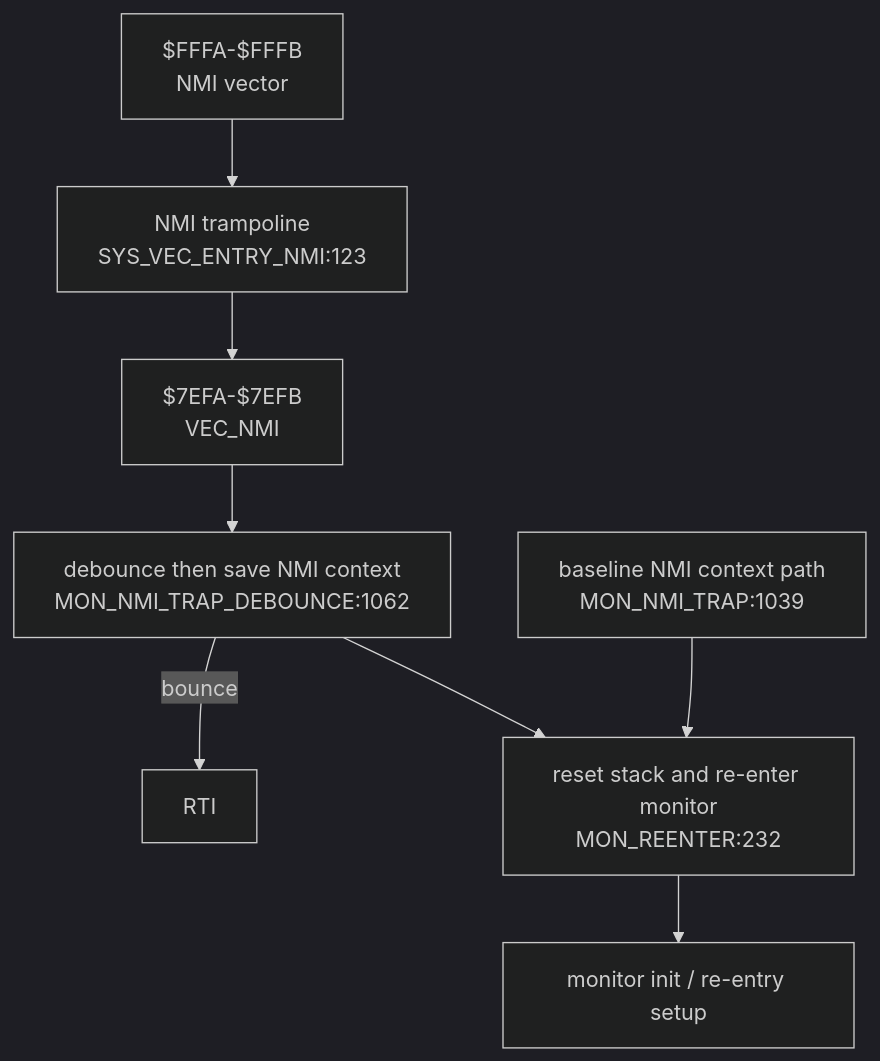
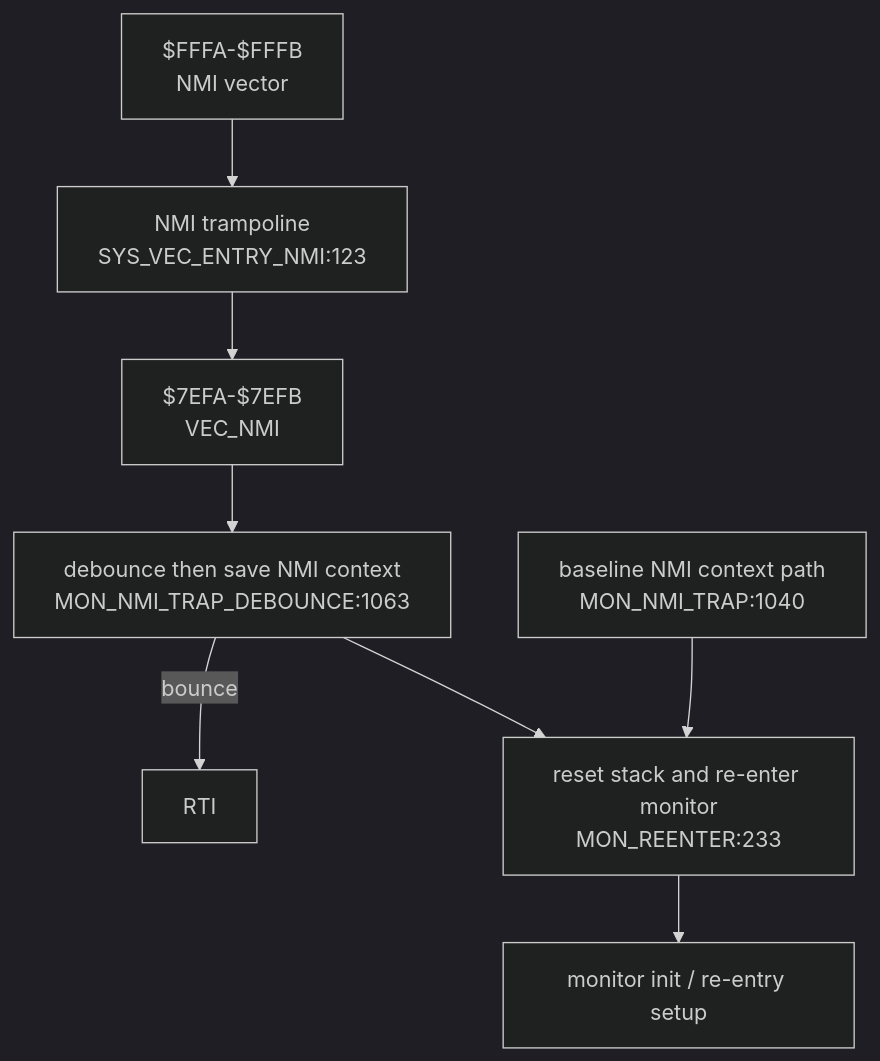
The fourth of 6 diagrams in DOC/GENERATED/INTERRUPT_VECTOR_MAP.md (95westus/R-YORS), drawn with Mermaid (dark theme) before and after one commit. The commit also changed other lines of this file and 42 other files, not shown here.

````diff
--- a/DOC/GENERATED/INTERRUPT_VECTOR_MAP.md
+++ b/DOC/GENERATED/INTERRUPT_VECTOR_MAP.md
@@ -62,10 +62,10 @@
 ```mermaid
 flowchart TD
     NMIV["$FFFA-$FFFB<br/>NMI vector"] --> NMIENTRY["NMI trampoline<br/>SYS_VEC_ENTRY_NMI:123"]
     NMIENTRY --> VECNMI["$7EFA-$7EFB<br/>VEC_NMI"]
-    VECNMI --> NMITRAP["debounce then save NMI context<br/>MON_NMI_TRAP_DEBOUNCE:1062"]
+    VECNMI --> NMITRAP["debounce then save NMI context<br/>MON_NMI_TRAP_DEBOUNCE:1063"]
     NMITRAP -->|bounce| RTINMI["RTI"]
-    NMITRAP --> REENTER["reset stack and re-enter monitor<br/>MON_REENTER:232"]
-    NMIBASE["baseline NMI context path<br/>MON_NMI_TRAP:1039"] --> REENTER
+    NMITRAP --> REENTER["reset stack and re-enter monitor<br/>MON_REENTER:233"]
+    NMIBASE["baseline NMI context path<br/>MON_NMI_TRAP:1040"] --> REENTER
     REENTER --> INIT["monitor init / re-entry setup"]
 ```
````
